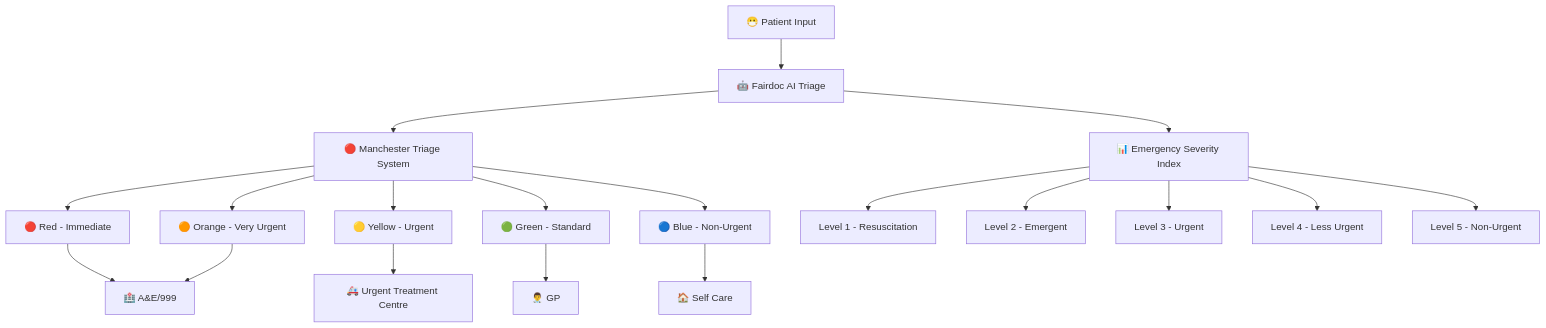
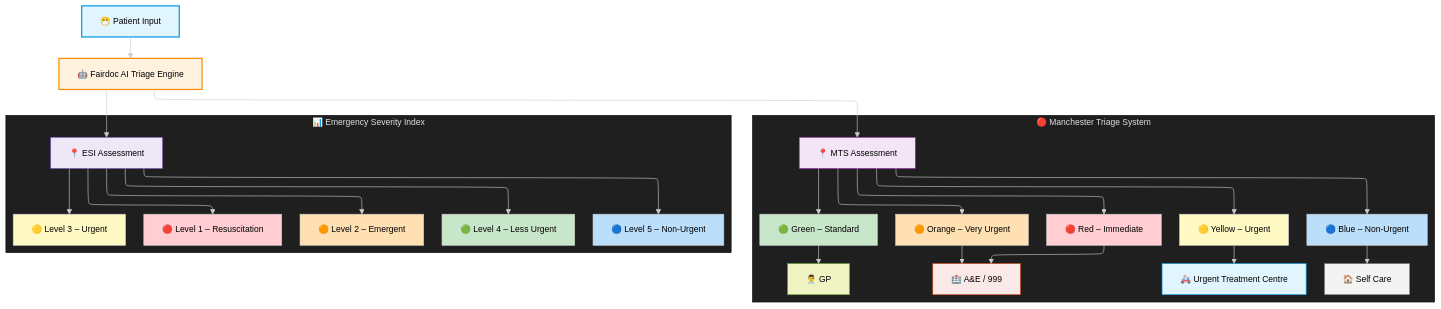
Before and after one commit to hr1juldey/FairWorks_FairDOC: the sixth of 18 diagrams in report.md, drawn with Mermaid. The commit also changed other lines of this file, not shown here.

````diff
--- a/report.md
+++ b/report.md
@@ -158,25 +242,58 @@
 ```mermaid
+---
+config:
+  theme: neo-dark
+  flowchart:
+    curve: basis
+  layout: elk
+---
 flowchart TD
-    P[😷 Patient Input] --> AI[🤖 Fairdoc AI Triage]
-    
-    AI --> MTS[🔴 Manchester Triage System]
-    AI --> ESI[📊 Emergency Severity Index]
-    
-    MTS --> R[🔴 Red - Immediate]
-    MTS --> O[🟠 Orange - Very Urgent]
-    MTS --> Y[🟡 Yellow - Urgent]
-    MTS --> G[🟢 Green - Standard]
-    MTS --> B[🔵 Blue - Non-Urgent]
-    
-    ESI --> L1[Level 1 - Resuscitation]
-    ESI --> L2[Level 2 - Emergent]
-    ESI --> L3[Level 3 - Urgent]
-    ESI --> L4[Level 4 - Less Urgent]
-    ESI --> L5[Level 5 - Non-Urgent]
-    
-    R --> AE[🏥 A&E/999]
+ subgraph MTS_Group["🔴 Manchester Triage System"]
+        MTS["📍 MTS Assessment"]
+        R["🔴 Red – Immediate"]
+        O["🟠 Orange – Very Urgent"]
+        Y["🟡 Yellow – Urgent"]
+        G["🟢 Green – Standard"]
+        B["🔵 Blue – Non-Urgent"]
+        AE["🏥 A&E / 999"]
+        UTC["🚑 Urgent Treatment Centre"]
+        GP["👨‍⚕️ GP"]
+        SC["🏠 Self Care"]
+  end
+ subgraph ESI_Group["📊 Emergency Severity Index"]
+        ESI["📍 ESI Assessment"]
+        L1["🔴 Level 1 – Resuscitation"]
+        L2["🟠 Level 2 – Emergent"]
+        L3["🟡 Level 3 – Urgent"]
+        L4["🟢 Level 4 – Less Urgent"]
+        L5["🔵 Level 5 – Non-Urgent"]
+  end
+    P["😷 Patient Input"] --> AI["🤖 Fairdoc AI Triage Engine"]
+    MTS --> R & O & Y & G & B
+    R --> AE
     O --> AE
-    Y --> UTC[🚑 Urgent Treatment Centre]
-    G --> GP[👨‍⚕️ GP]
-    B --> SC[🏠 Self Care]
+    Y --> UTC
+    G --> GP
+    B --> SC
+    ESI --> L1 & L2 & L3 & L4 & L5
+    AI --> MTS & ESI
+    style P fill:#e1f5fe,stroke:#039be5,stroke-width:2px,color:#000
+    style AI fill:#fff3e0,stroke:#fb8c00,stroke-width:2px,color:#000
+    style MTS fill:#f3e5f5,stroke:#9c27b0,color:#000
+    style R fill:#ffcdd2,color:#000
+    style O fill:#ffe0b2,color:#000
+    style Y fill:#fff9c4,color:#000
+    style G fill:#c8e6c9,color:#000
+    style B fill:#bbdefb,color:#000
+    style AE fill:#fbe9e7,stroke:#d84315,color:#000
+    style UTC fill:#e1f5fe,stroke:#039be5,color:#000
+    style GP fill:#f0f4c3,stroke:#689f38,color:#000
+    style SC fill:#f3f3f3,stroke:#757575,color:#000
+    style ESI fill:#ede7f6,stroke:#7e57c2,color:#000
+    style L1 fill:#ffcdd2,color:#000
+    style L2 fill:#ffe0b2,color:#000
+    style L3 fill:#fff9c4,color:#000
+    style L4 fill:#c8e6c9,color:#000
+    style L5 fill:#bbdefb,color:#000
+
 ```
````
